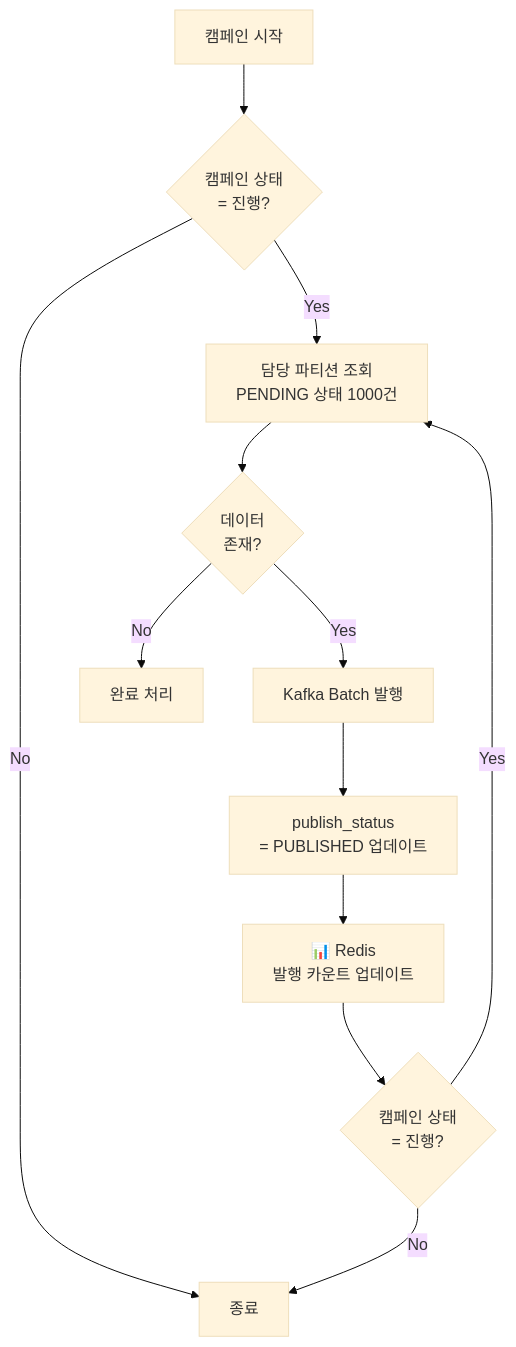
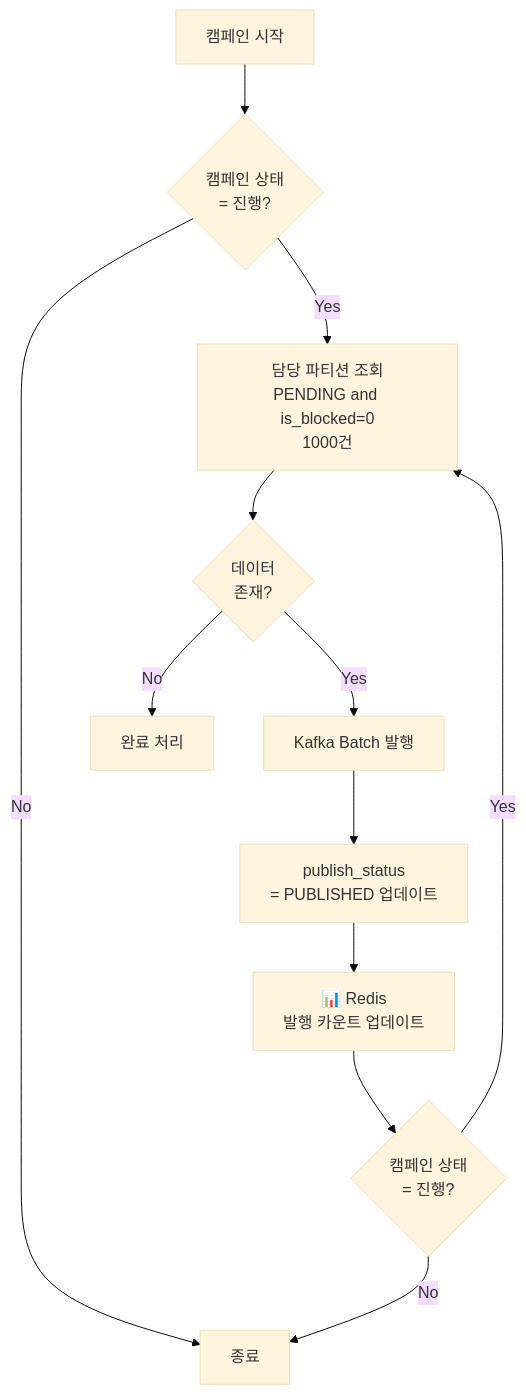
The third of 8 diagrams in 1. Project/2026_MP_대량 포인트 지급 시스템/02_Architecture.md (JiYoonKimjimmy/obsidian-vault), drawn with Mermaid (base theme) before and after one commit. The commit also changed other lines of this file and 1 other file, not shown here.

````diff
--- a/1. Project/2026_MP_대량 포인트 지급 시스템/02_Architecture.md
+++ b/1. Project/2026_MP_대량 포인트 지급 시스템/02_Architecture.md
@@ -180,14 +180,14 @@
 ```mermaid
 flowchart TB
     A[캠페인 시작] --> B{캠페인 상태<br/>= 진행?}
     B -->|No| C[종료]
-    B -->|Yes| D[담당 파티션 조회<br/>PENDING 상태 1000건]
+    B -->|Yes| D[담당 파티션 조회<br/>PENDING and is_blocked=0<br/>1000건]
     D --> E{데이터<br/>존재?}
     E -->|No| F[완료 처리]
     E -->|Yes| G[Kafka Batch 발행]
     G --> H[publish_status<br/>= PUBLISHED 업데이트]
     H --> I[📊 Redis<br/>발행 카운트 업데이트]
     I --> J{캠페인 상태<br/>= 진행?}
     J -->|Yes| D
     J -->|No| C
 ```
````
